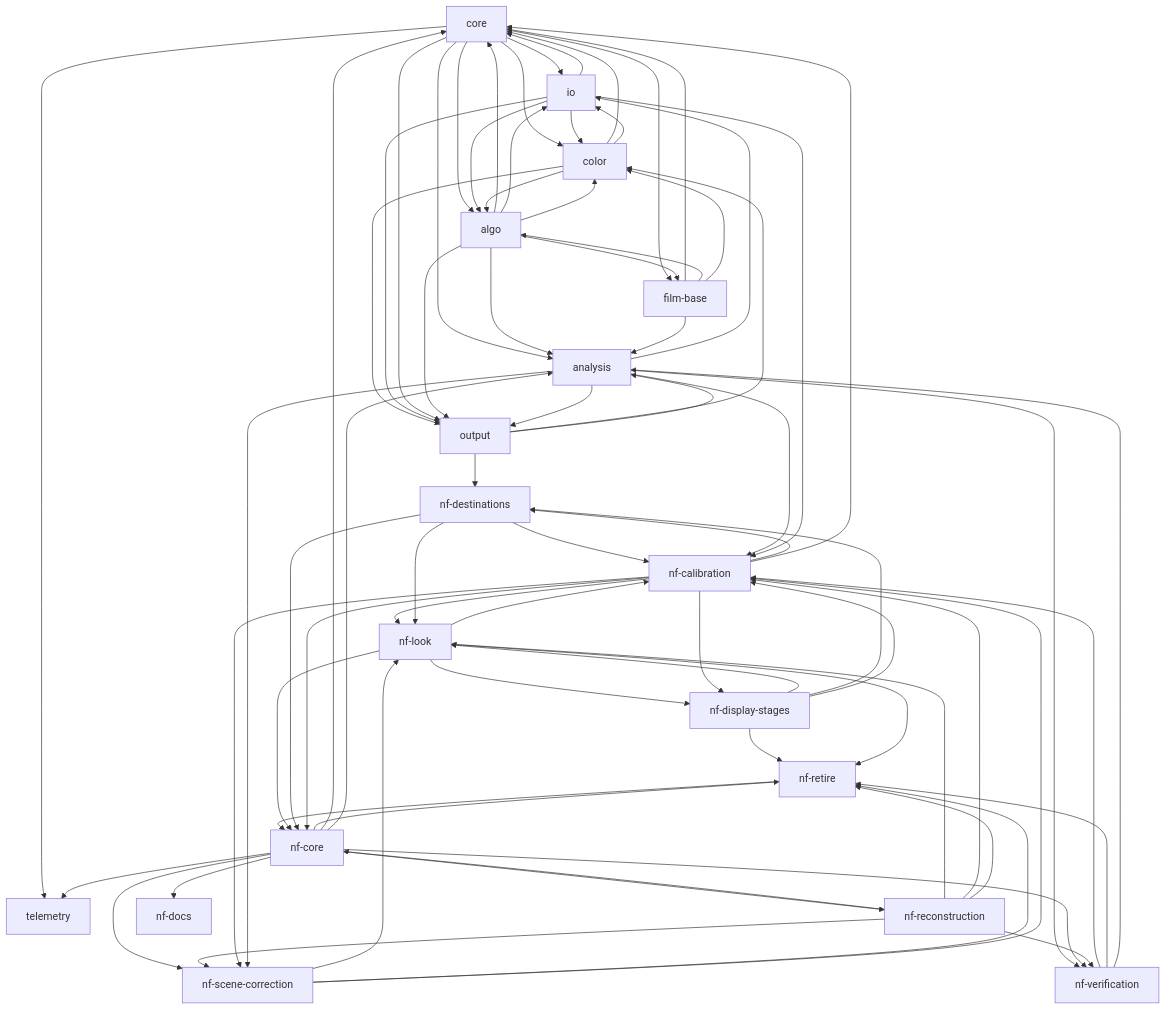
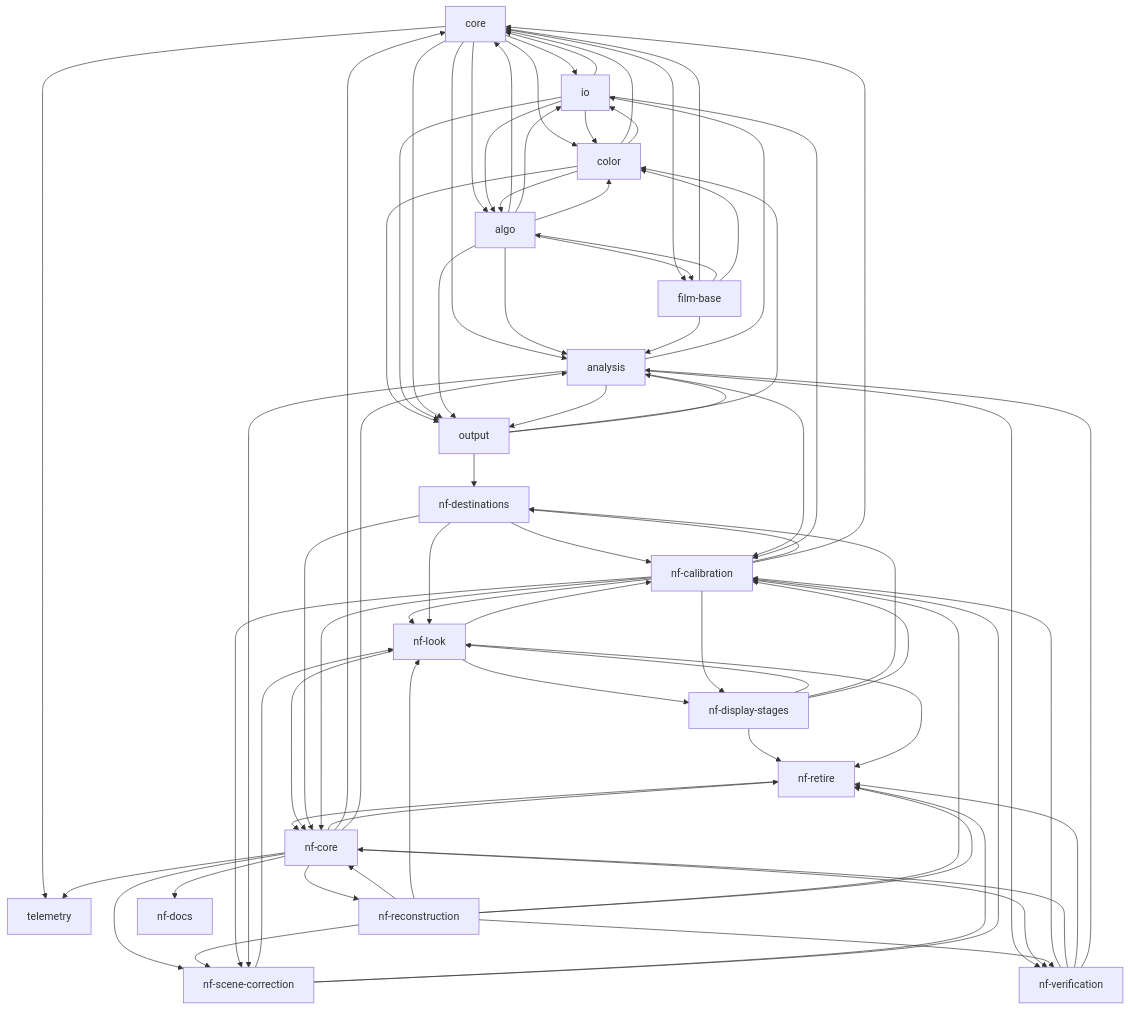
Before and after one commit to lix42/hanten: the first of 2 diagrams in docs/TASKS.md, drawn with Mermaid. The commit also changed other lines of this file and 27 other files, not shown here.

```diff
--- a/docs/TASKS.md
+++ b/docs/TASKS.md
@@ -168,6 +168,7 @@
   nf-destinations --> nf-look
   analysis --> nf-verification
   nf-core --> nf-verification
+  nf-verification --> nf-core
   nf-reconstruction --> nf-verification
   nf-core --> nf-retire
   nf-verification --> nf-retire
```
